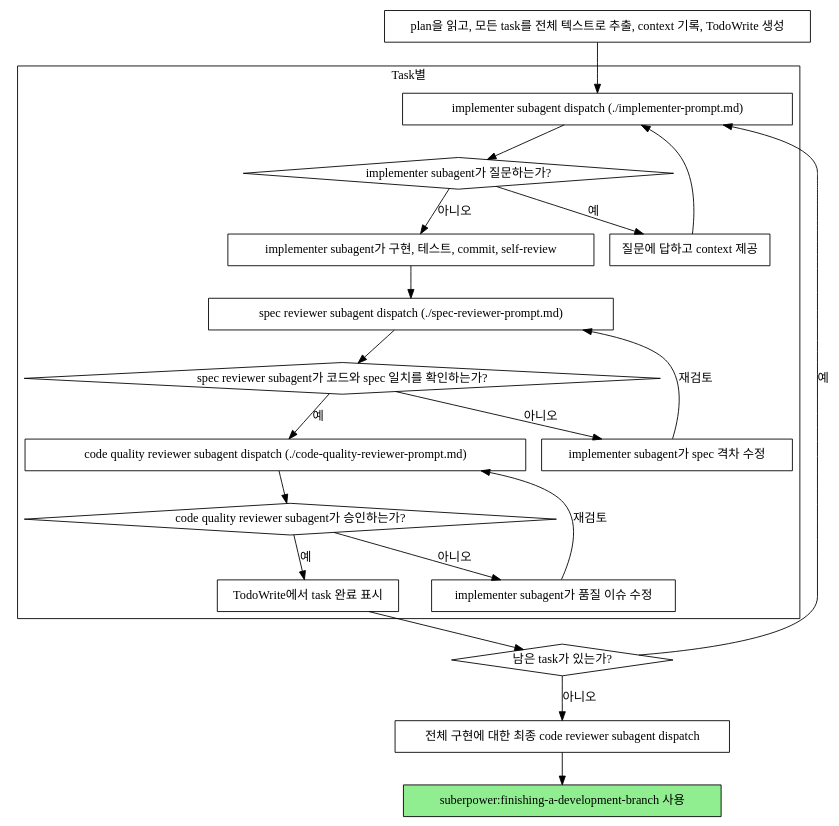
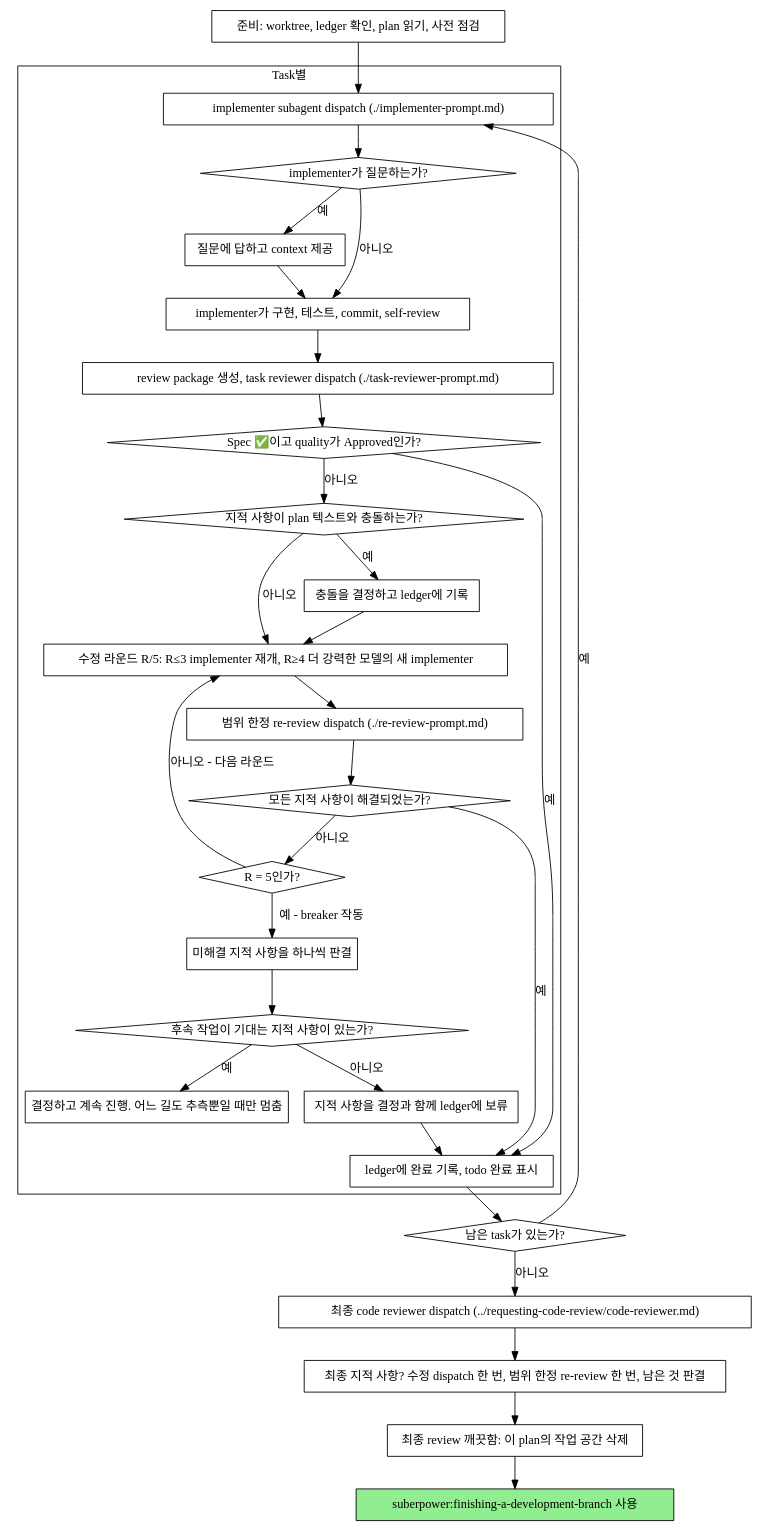
Before and after one commit to june20516/suberpower: the second of 2 diagrams in plugins/suberpower/skills/subagent-driven-development/SKILL.md, drawn with Graphviz. The commit also changed other lines of this file, not shown here.

First line of the commit message:
동기화: subagent-driven-development SKILL.md (v6.4.2) — 라이프사이클 재구성, M-2/M-3 제거

````diff
--- a/plugins/suberpower/skills/subagent-driven-development/SKILL.md
+++ b/plugins/suberpower/skills/subagent-driven-development/SKILL.md
@@ -44,44 +61,62 @@
 ```dot
 digraph process {
     rankdir=TB;
 
     subgraph cluster_per_task {
         label="Task별";
         "implementer subagent dispatch (./implementer-prompt.md)" [shape=box];
-        "implementer subagent가 질문하는가?" [shape=diamond];
+        "implementer가 질문하는가?" [shape=diamond];
         "질문에 답하고 context 제공" [shape=box];
-        "implementer subagent가 구현, 테스트, commit, self-review" [shape=box];
-        "spec reviewer subagent dispatch (./spec-reviewer-prompt.md)" [shape=box];
-        "spec reviewer subagent가 코드와 spec 일치를 확인하는가?" [shape=diamond];
-        "implementer subagent가 spec 격차 수정" [shape=box];
-        "code quality reviewer subagent dispatch (./code-quality-reviewer-prompt.md)" [shape=box];
-        "code quality reviewer subagent가 승인하는가?" [shape=diamond];
-        "implementer subagent가 품질 이슈 수정" [shape=box];
-        "TodoWrite에서 task 완료 표시" [shape=box];
+        "implementer가 구현, 테스트, commit, self-review" [shape=box];
+        "review package 생성, task reviewer dispatch (./task-reviewer-prompt.md)" [shape=box];
+        "Spec ✅이고 quality가 Approved인가?" [shape=diamond];
+        "지적 사항이 plan 텍스트와 충돌하는가?" [shape=diamond];
+        "충돌을 결정하고 ledger에 기록" [shape=box];
+        "수정 라운드 R/5: R≤3 implementer 재개, R≥4 더 강력한 모델의 새 implementer" [shape=box];
+        "범위 한정 re-review dispatch (./re-review-prompt.md)" [shape=box];
+        "모든 지적 사항이 해결되었는가?" [shape=diamond];
+        "R = 5인가?" [shape=diamond];
+        "미해결 지적 사항을 하나씩 판결" [shape=box];
+        "후속 작업이 기대는 지적 사항이 있는가?" [shape=diamond];
+        "결정하고 계속 진행. 어느 길도 추측뿐일 때만 멈춤" [shape=box];
+        "지적 사항을 결정과 함께 ledger에 보류" [shape=box];
+        "ledger에 완료 기록, todo 완료 표시" [shape=box];
     }
 
-    "plan을 읽고, 모든 task를 전체 텍스트로 추출, context 기록, TodoWrite 생성" [shape=box];
+    "준비: worktree, ledger 확인, plan 읽기, 사전 점검" [shape=box];
     "남은 task가 있는가?" [shape=diamond];
-    "전체 구현에 대한 최종 code reviewer subagent dispatch" [shape=box];
+    "최종 code reviewer dispatch (../requesting-code-review/code-reviewer.md)" [shape=box];
+    "최종 지적 사항? 수정 dispatch 한 번, 범위 한정 re-review 한 번, 남은 것 판결" [shape=box];
+    "최종 review 깨끗함: 이 plan의 작업 공간 삭제" [shape=box];
     "suberpower:finishing-a-development-branch 사용" [shape=box style=filled fillcolor=lightgreen];
 
-    "plan을 읽고, 모든 task를 전체 텍스트로 추출, context 기록, TodoWrite 생성" -> "implementer subagent dispatch (./implementer-prompt.md)";
-    "implementer subagent dispatch (./implementer-prompt.md)" -> "implementer subagent가 질문하는가?";
-    "implementer subagent가 질문하는가?" -> "질문에 답하고 context 제공" [label="예"];
-    "질문에 답하고 context 제공" -> "implementer subagent dispatch (./implementer-prompt.md)";
-    "implementer subagent가 질문하는가?" -> "implementer subagent가 구현, 테스트, commit, self-review" [label="아니오"];
-    "implementer subagent가 구현, 테스트, commit, self-review" -> "spec reviewer subagent dispatch (./spec-reviewer-prompt.md)";
-    "spec reviewer subagent dispatch (./spec-reviewer-prompt.md)" -> "spec reviewer subagent가 코드와 spec 일치를 확인하는가?";
-    "spec reviewer subagent가 코드와 spec 일치를 확인하는가?" -> "implementer subagent가 spec 격차 수정" [label="아니오"];
-    "implementer subagent가 spec 격차 수정" -> "spec reviewer subagent dispatch (./spec-reviewer-prompt.md)" [label="재검토"];
-    "spec reviewer subagent가 코드와 spec 일치를 확인하는가?" -> "code quality reviewer subagent dispatch (./code-quality-reviewer-prompt.md)" [label="예"];
-    "code quality reviewer subagent dispatch (./code-quality-reviewer-prompt.md)" -> "code quality reviewer subagent가 승인하는가?";
-    "code quality reviewer subagent가 승인하는가?" -> "implementer subagent가 품질 이슈 수정" [label="아니오"];
-    "implementer subagent가 품질 이슈 수정" -> "code quality reviewer subagent dispatch (./code-quality-reviewer-prompt.md)" [label="재검토"];
-    "code quality reviewer subagent가 승인하는가?" -> "TodoWrite에서 task 완료 표시" [label="예"];
-    "TodoWrite에서 task 완료 표시" -> "남은 task가 있는가?";
+    "준비: worktree, ledger 확인, plan 읽기, 사전 점검" -> "implementer subagent dispatch (./implementer-prompt.md)";
+    "implementer subagent dispatch (./implementer-prompt.md)" -> "implementer가 질문하는가?";
+    "implementer가 질문하는가?" -> "질문에 답하고 context 제공" [label="예"];
+    "질문에 답하고 context 제공" -> "implementer가 구현, 테스트, commit, self-review";
+    "implementer가 질문하는가?" -> "implementer가 구현, 테스트, commit, self-review" [label="아니오"];
+    "implementer가 구현, 테스트, commit, self-review" -> "review package 생성, task reviewer dispatch (./task-reviewer-prompt.md)";
+    "review package 생성, task reviewer dispatch (./task-reviewer-prompt.md)" -> "Spec ✅이고 quality가 Approved인가?";
+    "Spec ✅이고 quality가 Approved인가?" -> "ledger에 완료 기록, todo 완료 표시" [label="예"];
+    "Spec ✅이고 quality가 Approved인가?" -> "지적 사항이 plan 텍스트와 충돌하는가?" [label="아니오"];
+    "지적 사항이 plan 텍스트와 충돌하는가?" -> "충돌을 결정하고 ledger에 기록" [label="예"];
+    "충돌을 결정하고 ledger에 기록" -> "수정 라운드 R/5: R≤3 implementer 재개, R≥4 더 강력한 모델의 새 implementer";
+    "지적 사항이 plan 텍스트와 충돌하는가?" -> "수정 라운드 R/5: R≤3 implementer 재개, R≥4 더 강력한 모델의 새 implementer" [label="아니오"];
+    "수정 라운드 R/5: R≤3 implementer 재개, R≥4 더 강력한 모델의 새 implementer" -> "범위 한정 re-review dispatch (./re-review-prompt.md)";
+    "범위 한정 re-review dispatch (./re-review-prompt.md)" -> "모든 지적 사항이 해결되었는가?";
+    "모든 지적 사항이 해결되었는가?" -> "ledger에 완료 기록, todo 완료 표시" [label="예"];
+    "모든 지적 사항이 해결되었는가?" -> "R = 5인가?" [label="아니오"];
+    "R = 5인가?" -> "수정 라운드 R/5: R≤3 implementer 재개, R≥4 더 강력한 모델의 새 implementer" [label="아니오 - 다음 라운드"];
+    "R = 5인가?" -> "미해결 지적 사항을 하나씩 판결" [label="예 - breaker 작동"];
+    "미해결 지적 사항을 하나씩 판결" -> "후속 작업이 기대는 지적 사항이 있는가?";
+    "후속 작업이 기대는 지적 사항이 있는가?" -> "결정하고 계속 진행. 어느 길도 추측뿐일 때만 멈춤" [label="예"];
+    "후속 작업이 기대는 지적 사항이 있는가?" -> "지적 사항을 결정과 함께 ledger에 보류" [label="아니오"];
+    "지적 사항을 결정과 함께 ledger에 보류" -> "ledger에 완료 기록, todo 완료 표시";
+    "ledger에 완료 기록, todo 완료 표시" -> "남은 task가 있는가?";
     "남은 task가 있는가?" -> "implementer subagent dispatch (./implementer-prompt.md)" [label="예"];
-    "남은 task가 있는가?" -> "전체 구현에 대한 최종 code reviewer subagent dispatch" [label="아니오"];
-    "전체 구현에 대한 최종 code reviewer subagent dispatch" -> "suberpower:finishing-a-development-branch 사용";
+    "남은 task가 있는가?" -> "최종 code reviewer dispatch (../requesting-code-review/code-reviewer.md)" [label="아니오"];
+    "최종 code reviewer dispatch (../requesting-code-review/code-reviewer.md)" -> "최종 지적 사항? 수정 dispatch 한 번, 범위 한정 re-review 한 번, 남은 것 판결";
+    "최종 지적 사항? 수정 dispatch 한 번, 범위 한정 re-review 한 번, 남은 것 판결" -> "최종 review 깨끗함: 이 plan의 작업 공간 삭제";
+    "최종 review 깨끗함: 이 plan의 작업 공간 삭제" -> "suberpower:finishing-a-development-branch 사용";
 }
 ```
````
